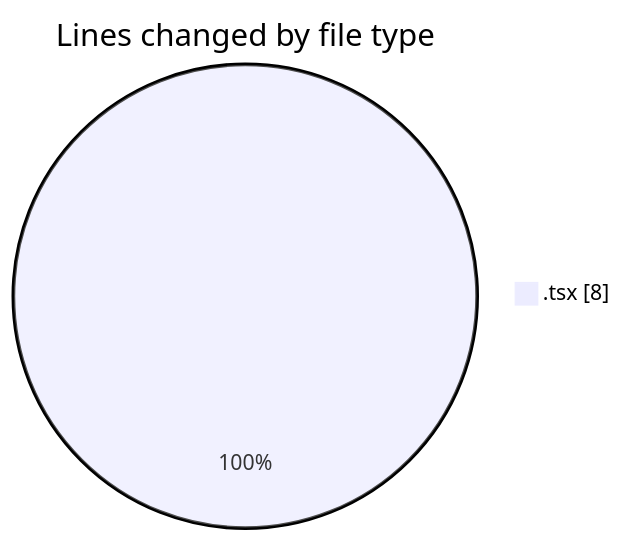
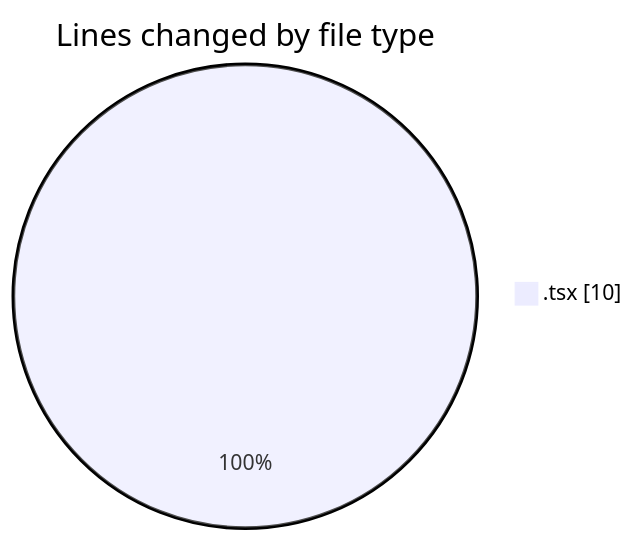
Before and after one commit to robertbonfada/code-tracking: the first of 2 diagrams in 2025-01-15/mbc-web/README.md, drawn with Mermaid. The commit also changed other lines of this file and 1 other file, not shown here.

````diff
--- a/2025-01-15/mbc-web/README.md
+++ b/2025-01-15/mbc-web/README.md
@@ -21,5 +21,5 @@
 ```mermaid
 pie showData
 title Lines changed by file type
-".tsx" : 8
+".tsx" : 10
 ```
````
